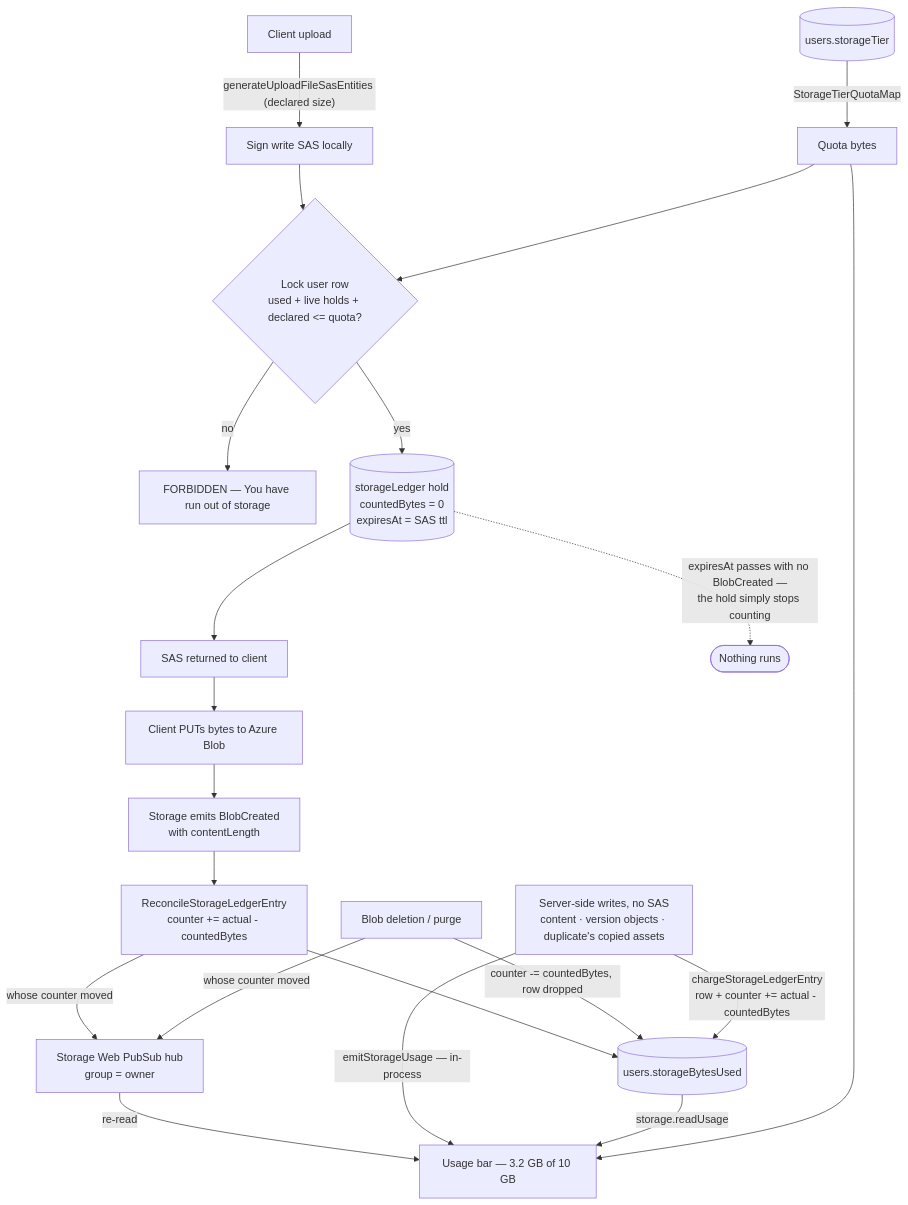
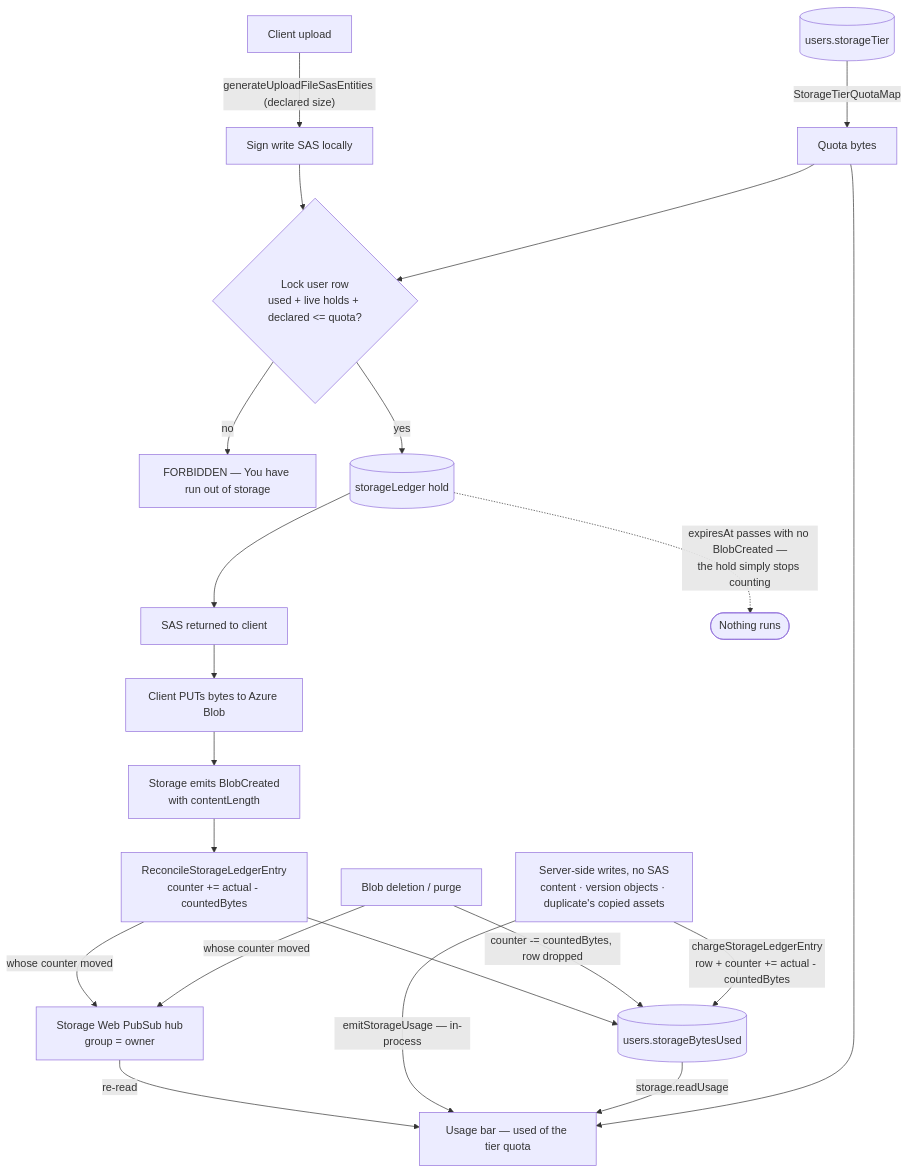
One commit to Esposter/Esposter changed the diagram in openspec/specs/resource/storage-quotas/design.md. Above: the diagram before and after it, drawn with Mermaid. The commit also changed 3 other files, not shown here.

````diff
--- a/openspec/specs/resource/storage-quotas/design.md
+++ b/openspec/specs/resource/storage-quotas/design.md
@@ -18,23 +18,23 @@
 ```mermaid
 flowchart TD
   client[Client upload] -->|"generateUploadFileSasEntities (declared size)"| sign[Sign write SAS locally]
   sign --> reserve{"Lock user row<br/>used + live holds + declared &lt;= quota?"}
   reserve -->|no| reject["FORBIDDEN — You have run out of storage"]
-  reserve -->|yes| ledger[("storageLedger hold<br/>countedBytes = 0<br/>expiresAt = SAS ttl")]
+  reserve -->|yes| ledger[("storageLedger hold")]
   ledger --> respond[SAS returned to client]
   respond --> put[Client PUTs bytes to Azure Blob]
   put --> created["Storage emits BlobCreated<br/>with contentLength"]
   created --> reconcile["ReconcileStorageLedgerEntry<br/>counter += actual - countedBytes"]
   reconcile --> counter[("users.storageBytesUsed")]
   del["Blob deletion / purge"] -->|"counter -= countedBytes, row dropped"| counter
   save["Server-side writes, no SAS<br/>content · version objects · duplicate's copied assets"] -->|"chargeStorageLedgerEntry<br/>row + counter += actual - countedBytes"| counter
   ledger -.->|"expiresAt passes with no BlobCreated —<br/>the hold simply stops counting"| gone(["Nothing runs"])
   reconcile -->|"whose counter moved"| pubsub["Storage Web PubSub hub<br/>group = owner"]
   del -->|"whose counter moved"| pubsub
   pubsub -->|"re-read"| ui
   save -->|"emitStorageUsage — in-process"| ui
-  counter -->|storage.readUsage| ui["Usage bar — 3.2 GB of 10 GB"]
+  counter -->|storage.readUsage| ui["Usage bar — used of the tier quota"]
   tier[("users.storageTier")] -->|StorageTierQuotaMap| quota[Quota bytes]
   quota --> reserve
   quota --> ui
 ```
````
